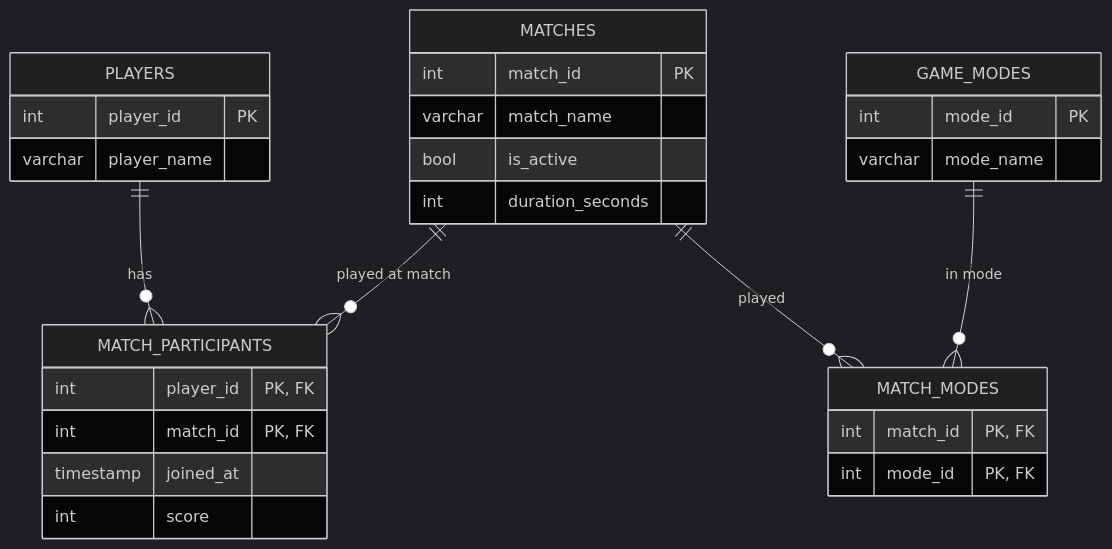
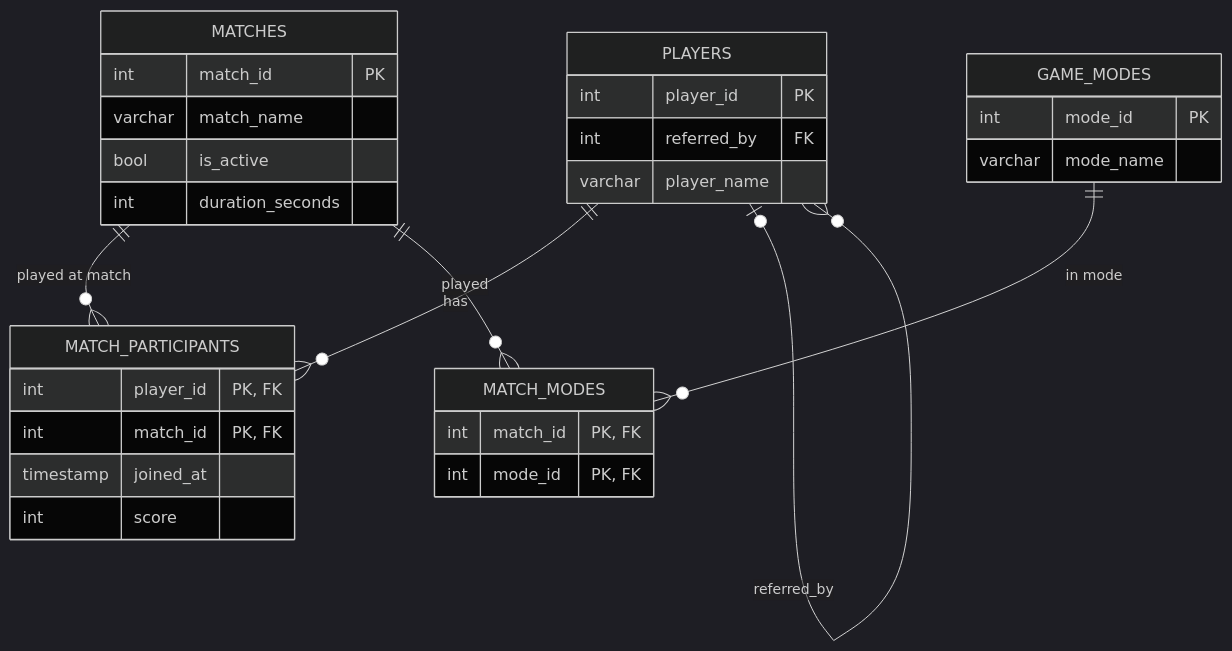
Before and after one commit to Keysella/ex603-game-telemetry-database: the diagram in schema/schema-definition.md, drawn with Mermaid (dark theme). The commit also changed other lines of this file and 7 other files, not shown here.

````diff
--- a/schema/schema-definition.md
+++ b/schema/schema-definition.md
@@ -48,31 +49,33 @@
 ```mermaid
 erDiagram
     PLAYERS {
         int player_id PK
+        int referred_by FK
         varchar player_name
     }
     MATCHES {
         int match_id PK
         varchar match_name
         bool is_active
         int duration_seconds
     }
     MATCH_PARTICIPANTS {
         int player_id "PK, FK"
         int match_id "PK, FK"
         timestamp joined_at
         int score
     }
     GAME_MODES {
         int mode_id PK
         varchar mode_name
     }
     MATCH_MODES {
         int match_id "PK, FK"
         int mode_id "PK, FK"
     }
     PLAYERS ||--o{ MATCH_PARTICIPANTS : has
+    PLAYERS |o--o{ PLAYERS : "referred_by"
     MATCHES ||--o{ MATCH_PARTICIPANTS : "played at match"
     MATCHES ||--o{ MATCH_MODES : "played"
     GAME_MODES ||--o{ MATCH_MODES : "in mode"
 ```
````
